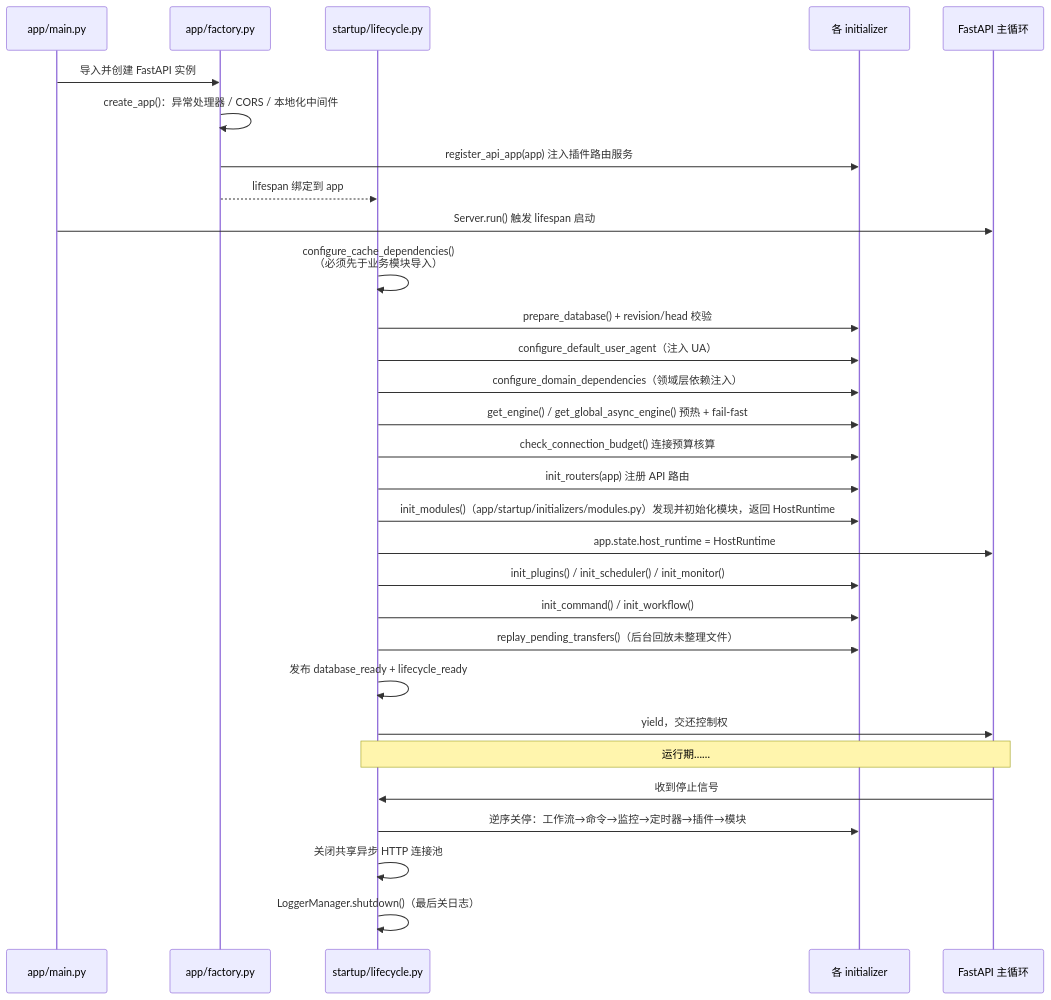
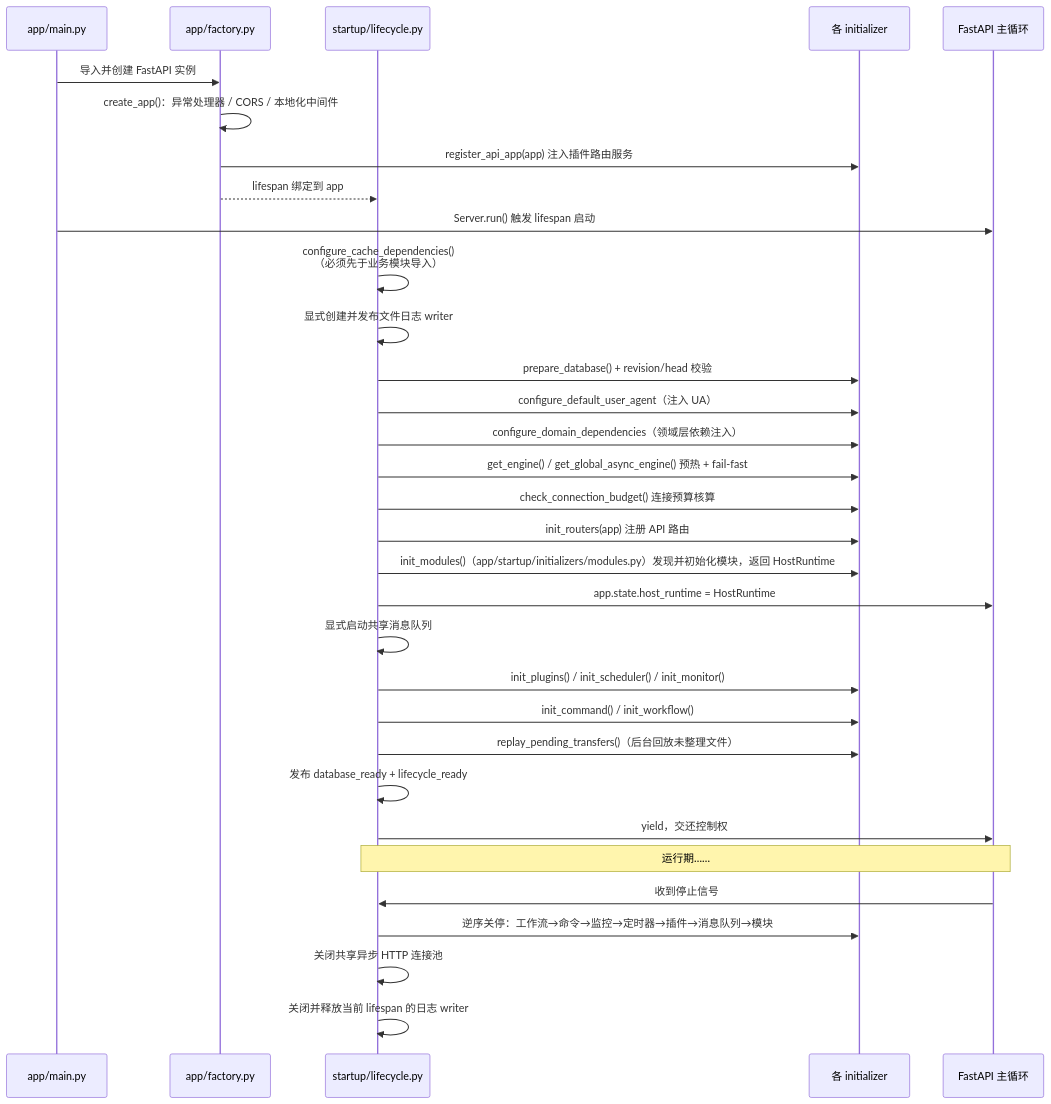
One commit to jxxghp/MoviePilot changed the third of 14 diagrams in docs/architecture-overview.md. Above: the diagram before and after it, drawn with Mermaid. The commit also changed other lines of this file and 38 other files, not shown here.

````diff
--- a/docs/architecture-overview.md
+++ b/docs/architecture-overview.md
@@ -230,34 +230,36 @@
 ```mermaid
 sequenceDiagram
     participant Main as app/main.py
     participant Factory as app/factory.py
     participant Life as startup/lifecycle.py
     participant Init as 各 initializer
     participant FastAPI as FastAPI 主循环
 
     Main->>Factory: 导入并创建 FastAPI 实例
     Factory->>Factory: create_app()：异常处理器 / CORS / 本地化中间件
     Factory->>Init: register_api_app(app) 注入插件路由服务
     Factory-->>Life: lifespan 绑定到 app
     Main->>FastAPI: Server.run() 触发 lifespan 启动
 
     Life->>Life: configure_cache_dependencies()<br/>（必须先于业务模块导入）
+    Life->>Life: 显式创建并发布文件日志 writer
     Life->>Init: prepare_database() + revision/head 校验
     Life->>Init: configure_default_user_agent（注入 UA）
     Life->>Init: configure_domain_dependencies（领域层依赖注入）
     Life->>Init: get_engine() / get_global_async_engine() 预热 + fail-fast
     Life->>Init: check_connection_budget() 连接预算核算
     Life->>Init: init_routers(app) 注册 API 路由
     Life->>Init: init_modules()（app/startup/initializers/modules.py）发现并初始化模块，返回 HostRuntime
     Life->>FastAPI: app.state.host_runtime = HostRuntime
+    Life->>Life: 显式启动共享消息队列
     Life->>Init: init_plugins() / init_scheduler() / init_monitor()
     Life->>Init: init_command() / init_workflow()
     Life->>Init: replay_pending_transfers()（后台回放未整理文件）
     Life->>Life: 发布 database_ready + lifecycle_ready
     Life->>FastAPI: yield，交还控制权
     Note over Life,FastAPI: 运行期……
     FastAPI->>Life: 收到停止信号
-    Life->>Init: 逆序关停：工作流→命令→监控→定时器→插件→模块
+    Life->>Init: 逆序关停：工作流→命令→监控→定时器→插件→消息队列→模块
     Life->>Life: 关闭共享异步 HTTP 连接池
-    Life->>Life: LoggerManager.shutdown()（最后关日志）
+    Life->>Life: 关闭并释放当前 lifespan 的日志 writer
 ```
````
